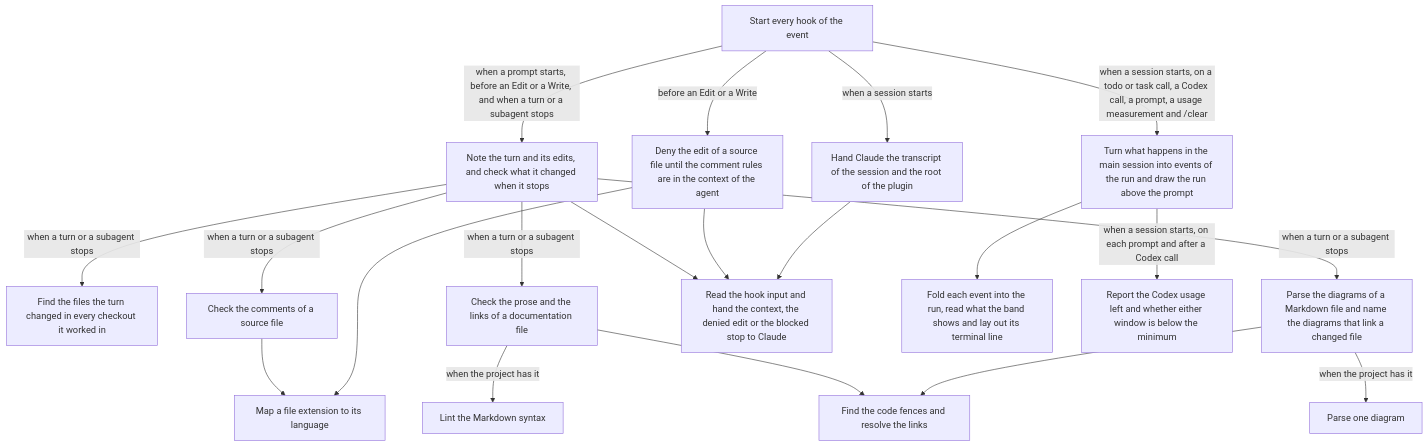
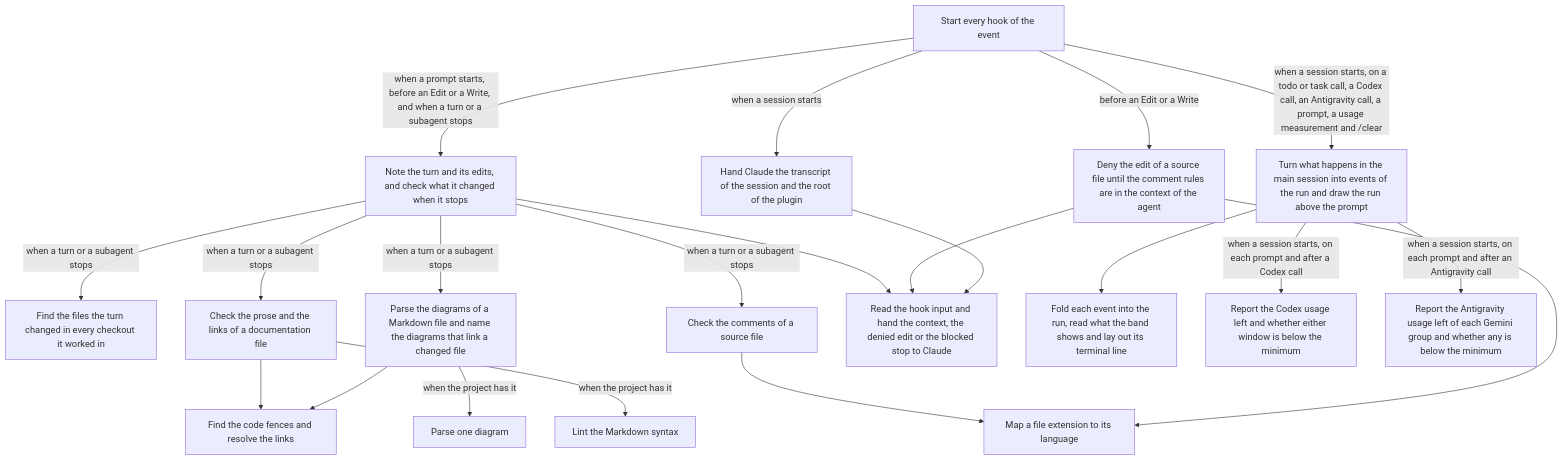
The diagram in hooks/README.md (renefatuaki/skills), drawn with Mermaid before and after one commit. The commit also changed other lines of this file and 1 other file, not shown here.

First line of the commit message:
docs(hooks): describe the Antigravity usage of the band above the prompt

````diff
--- a/hooks/README.md
+++ b/hooks/README.md
@@ -5,24 +5,25 @@
 ```mermaid
 flowchart TD
   accTitle: What happens when a session starts, while a turn runs, and while Claude works through a todo list?
   hooksJson["Start every hook of the event"]
   hooksJson -->|"when a session starts"| sessionContext["Hand Claude the transcript of the session and the root of the plugin"]
   hooksJson -->|"before an Edit or a Write"| loadCommentRules["Deny the edit of a source file until the comment rules are in the context of the agent"]
   hooksJson -->|"when a prompt starts, before an Edit or a Write, and when a turn or a subagent stops"| checkTurn["Note the turn and its edits, and check what it changed when it stops"]
-  hooksJson -->|"when a session starts, on a todo or task call, a Codex call, a prompt, a usage measurement and /clear"| progress["Turn what happens in the main session into events of the run and draw the run above the prompt"]
+  hooksJson -->|"when a session starts, on a todo or task call, a Codex call, an Antigravity call, a prompt, a usage measurement and /clear"| progress["Turn what happens in the main session into events of the run and draw the run above the prompt"]
   checkTurn -->|"when a turn or a subagent stops"| changes["Find the files the turn changed in every checkout it worked in"]
   checkTurn -->|"when a turn or a subagent stops"| comments["Check the comments of a source file"]
   checkTurn -->|"when a turn or a subagent stops"| docs["Check the prose and the links of a documentation file"]
   checkTurn -->|"when a turn or a subagent stops"| diagrams["Parse the diagrams of a Markdown file and name the diagrams that link a changed file"]
   docs -->|"when the project has it"| markdownlint["Lint the Markdown syntax"]
   diagrams -->|"when the project has it"| mermaid["Parse one diagram"]
   docs --> markdown["Find the code fences and resolve the links"]
   diagrams --> markdown
   comments --> languages["Map a file extension to its language"]
   loadCommentRules --> languages
   checkTurn --> hook["Read the hook input and hand the context, the denied edit or the blocked stop to Claude"]
   loadCommentRules --> hook
   sessionContext --> hook
   progress --> run["Fold each event into the run, read what the band shows and lay out its terminal line"]
   progress -->|"when a session starts, on each prompt and after a Codex call"| codexModel["Report the Codex usage left and whether either window is below the minimum"]
+  progress -->|"when a session starts, on each prompt and after an Antigravity call"| antigravity["Report the Antigravity usage left of each Gemini group and whether any is below the minimum"]
 ```
````
